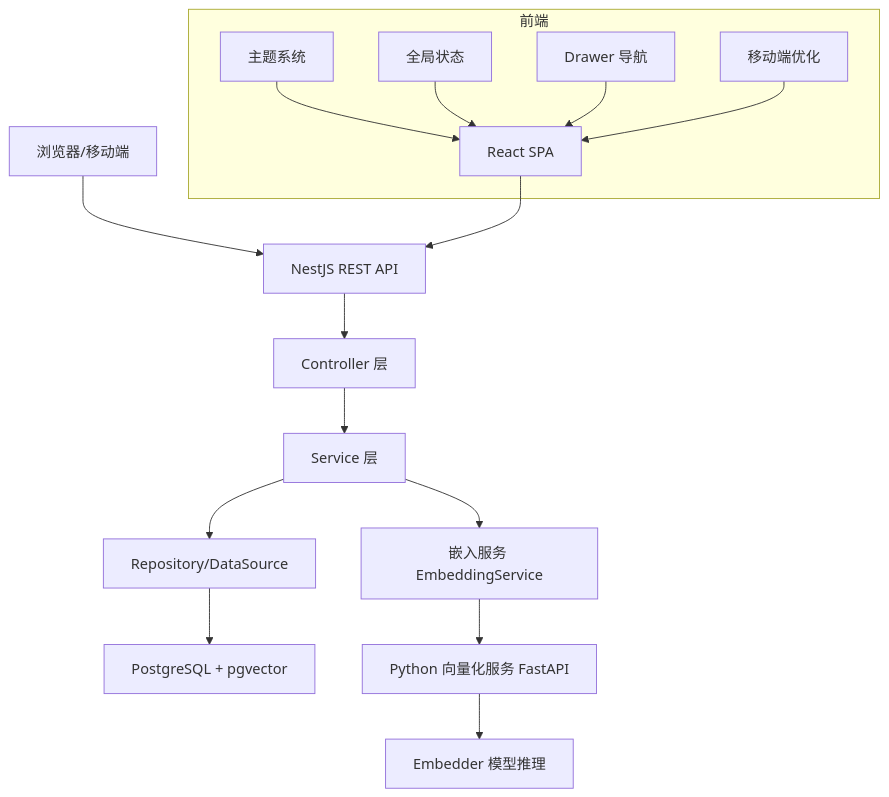
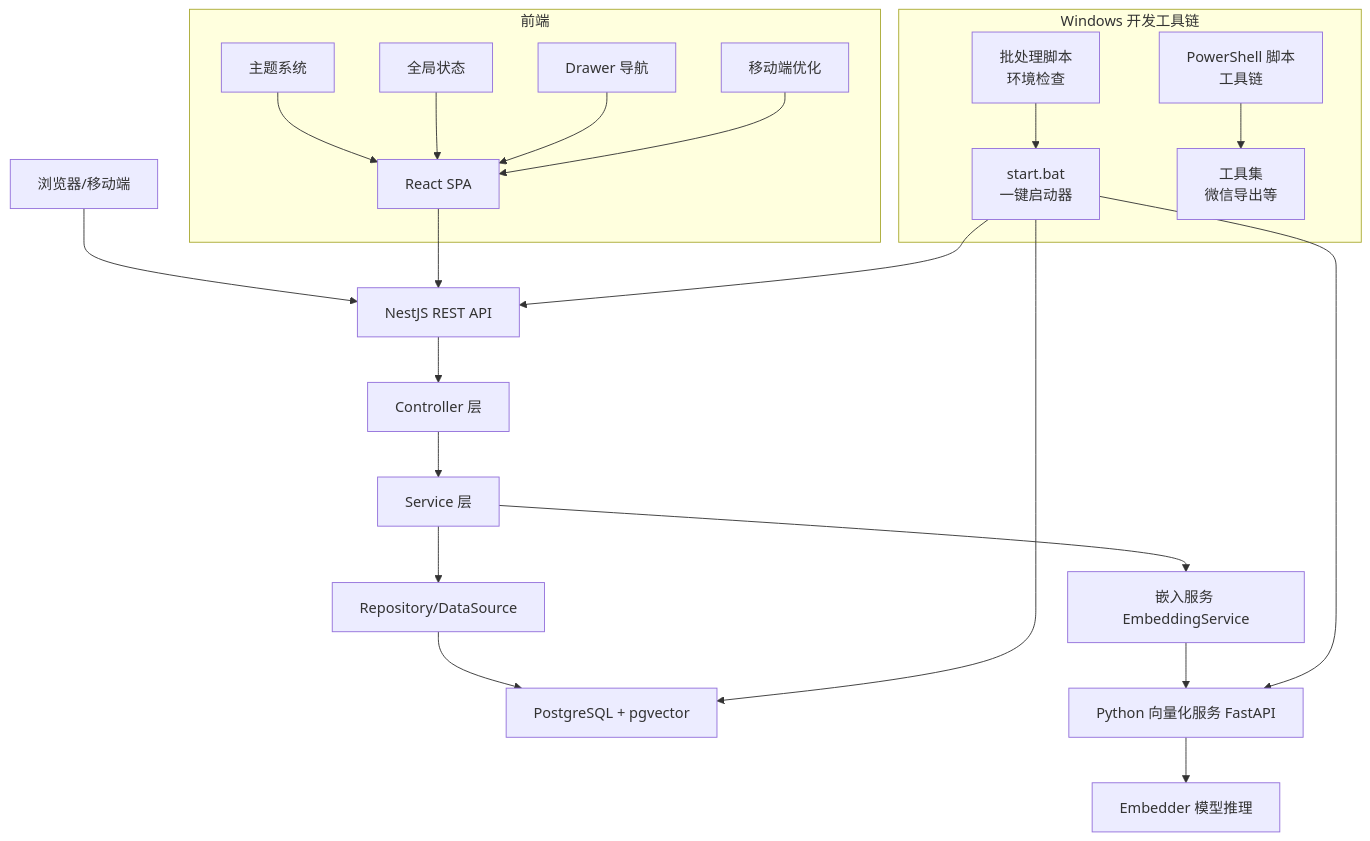
One commit to L1mingyoung/ex changed the second of 10 diagrams in .qoder/repowiki/zh/content/项目概述/学习笔记.md. Above: the diagram before and after it, drawn with Mermaid. The commit also changed other lines of this file and 10 other files, not shown here.

````diff
--- a/.qoder/repowiki/zh/content/项目概述/学习笔记.md
+++ b/.qoder/repowiki/zh/content/项目概述/学习笔记.md
@@ -149,23 +172,34 @@
 ```mermaid
 graph TB
 CLIENT["浏览器/移动端"] --> API["NestJS REST API"]
 API --> CTRL["Controller 层"]
 CTRL --> SVC["Service 层"]
 SVC --> REPO["Repository/DataSource"]
 REPO --> DB["PostgreSQL + pgvector"]
 SVC --> EMB["嵌入服务 EmbeddingService"]
 EMB --> PY["Python 向量化服务 FastAPI"]
 PY --> EMB_MODEL["Embedder 模型推理"]
+subgraph "Windows 开发工具链"
+START["start.bat<br/>一键启动器"]
+BAT["批处理脚本<br/>环境检查"]
+PS["PowerShell 脚本<br/>工具链"]
+TOOLS["工具集<br/>微信导出等"]
+end
 subgraph "前端"
 WEB["React SPA"]
 THEME["主题系统"]
 CONTEXT["全局状态"]
 DRAWER["Drawer 导航"]
 MOBILE["移动端优化"]
 end
 WEB --> API
+START --> API
+START --> PY
+START --> DB
+BAT --> START
+PS --> TOOLS
 THEME --> WEB
 CONTEXT --> WEB
 DRAWER --> WEB
 MOBILE --> WEB
 ```
````
